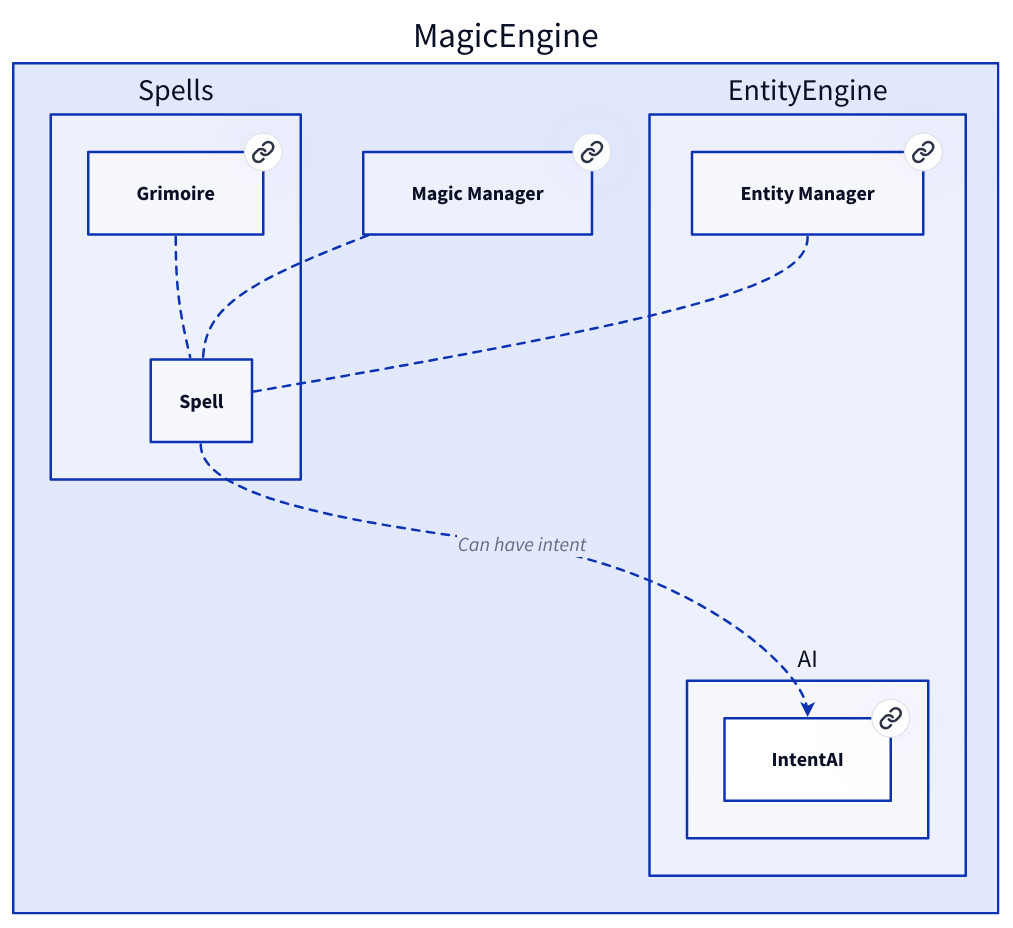
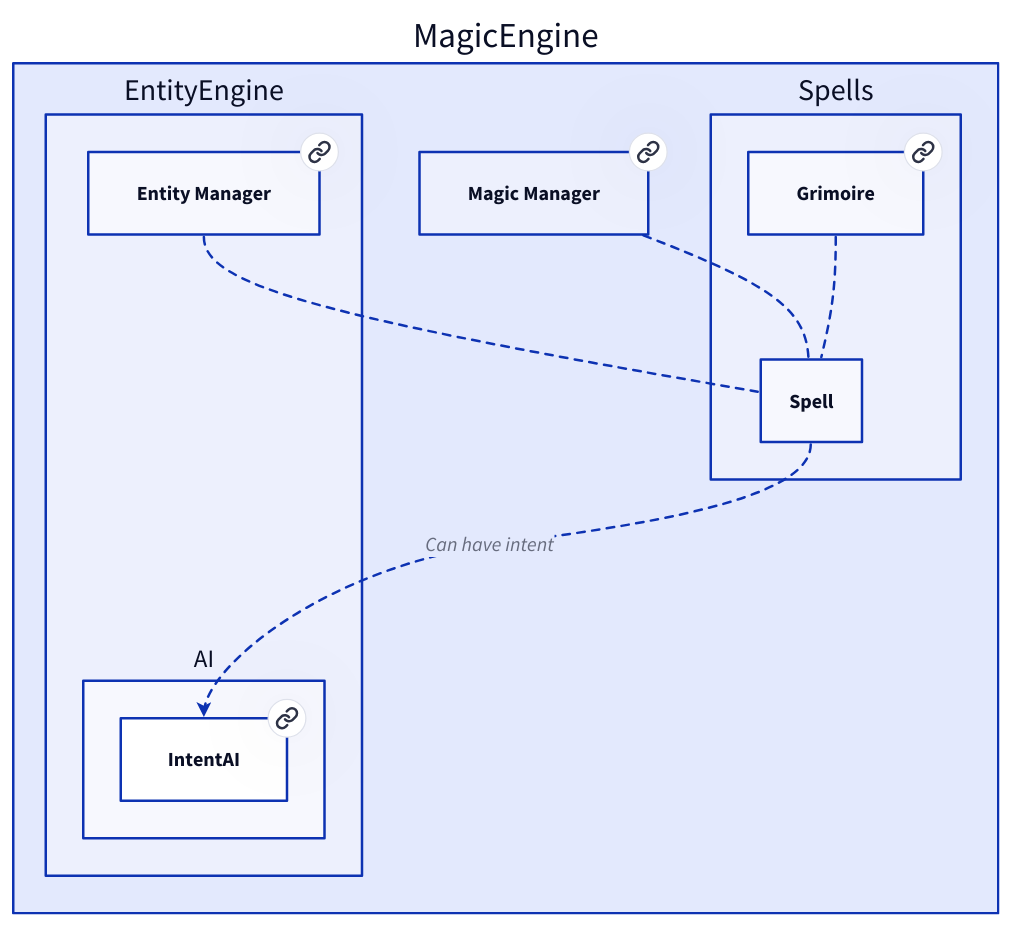
One commit to Portevent/Brume-Documentation changed the diagram in doc/MagicEngine/Spells/Spell.md. Above: the diagram before and after it, drawn with D2. The commit also changed other lines of this file and 79 other files, not shown here.

````diff
--- a/doc/MagicEngine/Spells/Spell.md
+++ b/doc/MagicEngine/Spells/Spell.md
@@ -25,33 +25,33 @@
 ```d2
 # Nodes :
 MagicEngine: {
+    EntityEngine: {
+        AI: {
+            IntentAI: IntentAI {
+               link: IntentAI
+            }
+        }
+        EntityManager: Entity Manager {
+           link: EntityManager
+        }
+    }
+    MagicManager: Magic Manager {
+       link: MagicManager
+    }
     Spells: {
         Grimoire: Grimoire {
            link: Grimoire
         }
     }
-    EntityEngine: {
-        EntityManager: Entity Manager {
-           link: EntityManager
-        }
-        AI: {
-            IntentAI: IntentAI {
-               link: IntentAI
-            }
-        }
-    }
-    MagicManager: Magic Manager {
-       link: MagicManager
-    }
 }
 
 # Links :
+MagicEngine.MagicManager -- MagicEngine.Spells.Spell: {style.stroke-dash: 3}
 MagicEngine.Spells.Grimoire -- MagicEngine.Spells.Spell: {style.stroke-dash: 3}
-MagicEngine.MagicManager -- MagicEngine.Spells.Spell: {style.stroke-dash: 3}
 MagicEngine.EntityEngine.EntityManager -- MagicEngine.Spells.Spell: {style.stroke-dash: 3}
 MagicEngine.Spells.Spell -> MagicEngine.EntityEngine.AI.IntentAI: Can have intent {style.stroke-dash: 3
 source-arrowhead: {}
 target-arrowhead: {shape: arrow}
 }
 
 ```
````
